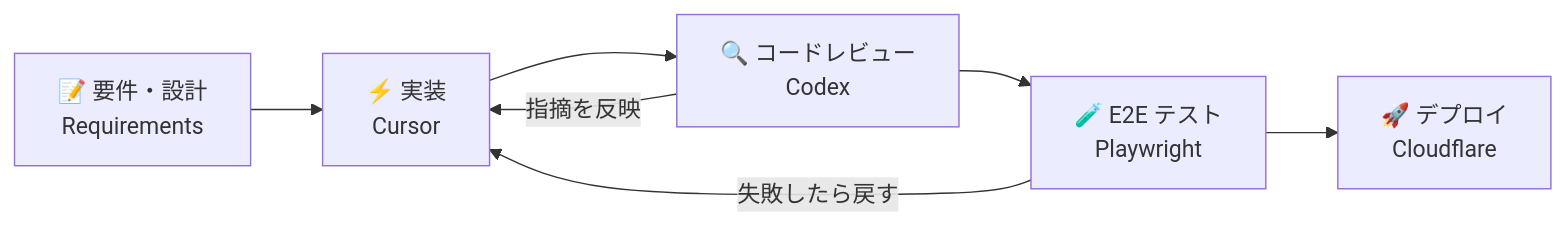
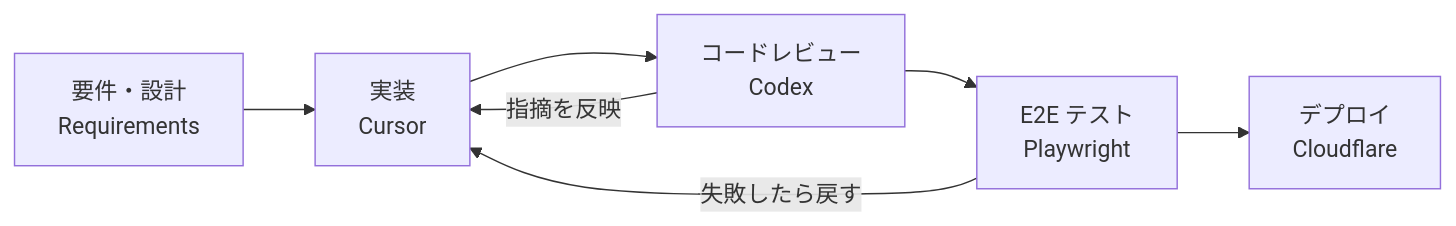
The diagram in README.md (usa4040/usa4040), drawn with Mermaid before and after one commit. The commit also changed other lines of this file, not shown here.

Commit message:
Remove remaining emojis

````diff
--- a/README.md
+++ b/README.md
@@ -38,9 +38,9 @@
 ```mermaid
 flowchart LR
-    A["📝 要件・設計<br/>Requirements"] --> B["⚡ 実装<br/>Cursor"]
-    B --> C["🔍 コードレビュー<br/>Codex"]
+    A["要件・設計<br/>Requirements"] --> B["実装<br/>Cursor"]
+    B --> C["コードレビュー<br/>Codex"]
     C -->|指摘を反映| B
-    C --> D["🧪 E2E テスト<br/>Playwright"]
+    C --> D["E2E テスト<br/>Playwright"]
     D -->|失敗したら戻す| B
-    D --> E["🚀 デプロイ<br/>Cloudflare"]
+    D --> E["デプロイ<br/>Cloudflare"]
 ```
````
